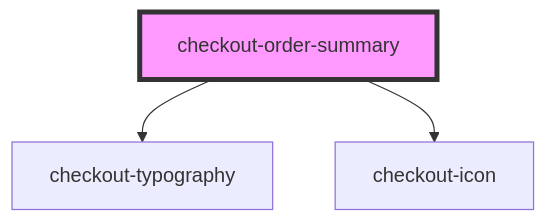
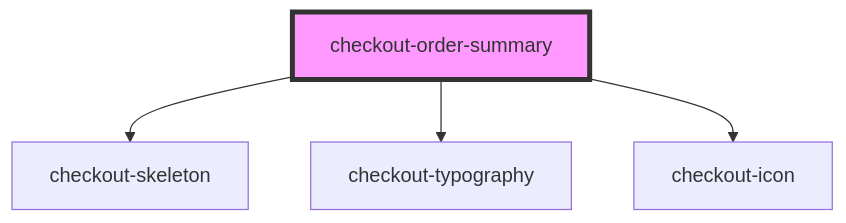
One commit to plughacker/malga-checkout changed the diagram in packages/common/src/components/checkout-order-summary/readme.md. Above: the diagram before and after it, drawn with Mermaid. The commit also changed other lines of this file and 16 other files, not shown here.

````diff
--- a/packages/common/src/components/checkout-order-summary/readme.md
+++ b/packages/common/src/components/checkout-order-summary/readme.md
@@ -28,6 +30,7 @@
 ```mermaid
 graph TD;
+  checkout-order-summary --> checkout-skeleton
   checkout-order-summary --> checkout-typography
   checkout-order-summary --> checkout-icon
   style checkout-order-summary fill:#f9f,stroke:#333,stroke-width:4px
 ```
````
